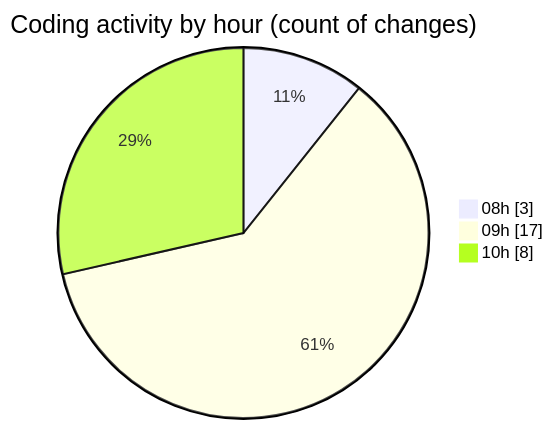
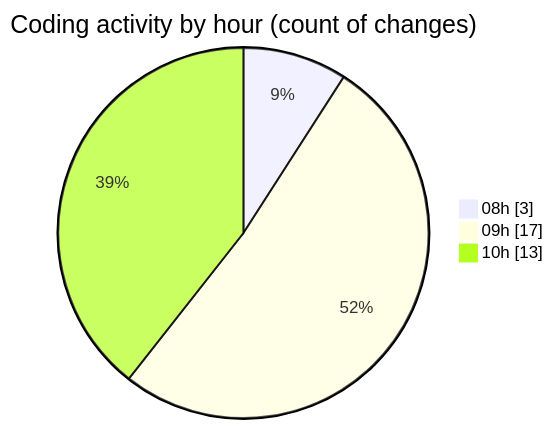
One commit to julien-gomy/code-tracking changed the second of 2 diagrams in 2025-10-22/eventscop-api-guide__workspace_/README.md. Above: the diagram before and after it, drawn with Mermaid. The commit also changed other lines of this file and 1 other file, not shown here.

````diff
--- a/2025-10-22/eventscop-api-guide__workspace_/README.md
+++ b/2025-10-22/eventscop-api-guide__workspace_/README.md
@@ -37,7 +37,7 @@
 ```mermaid
 pie showData
 title Coding activity by hour (count of changes)
 "08h" : 3
 "09h" : 17
-"10h" : 8
+"10h" : 13
 ```
````
